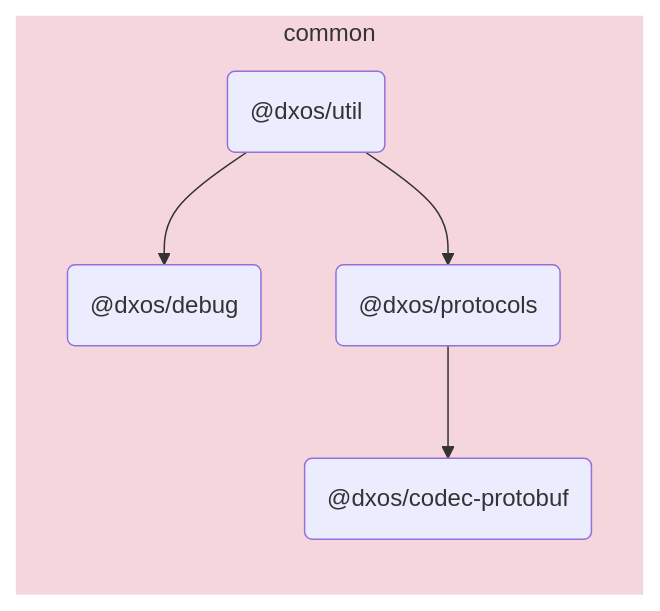
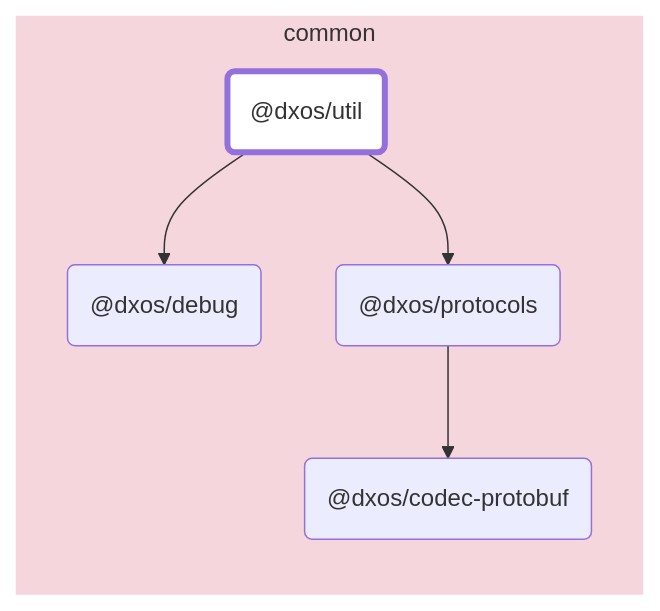
The diagram in packages/common/util/docs/README.md (dxos/dxos), drawn with Mermaid before and after one commit. The commit also changed other lines of this file and 88 other files, not shown here.

````diff
--- a/packages/common/util/docs/README.md
+++ b/packages/common/util/docs/README.md
@@ -5,15 +7,21 @@
 ```mermaid
 flowchart LR;
+
+style dxos/util fill:#fff,stroke-width:4px;
+
+click dxos/debug "https:/github.com/dxos/dxos/tree/main/packages/common/debug/docs";
+click dxos/protocols "https:/github.com/dxos/dxos/tree/main/packages/common/protocols/docs";
+click dxos/codec-protobuf "https:/github.com/dxos/dxos/tree/main/packages/common/codec-protobuf/docs";
 
 subgraph common
   style common fill:#f5d6dd,stroke:#fff;
   dxos/util("@dxos/util");
   dxos/debug("@dxos/debug");
   dxos/protocols("@dxos/protocols");
   dxos/codec-protobuf("@dxos/codec-protobuf");
 end
 
 dxos/util --> dxos/debug;
 dxos/util --> dxos/protocols;
 dxos/protocols --> dxos/codec-protobuf;
 ```
````
